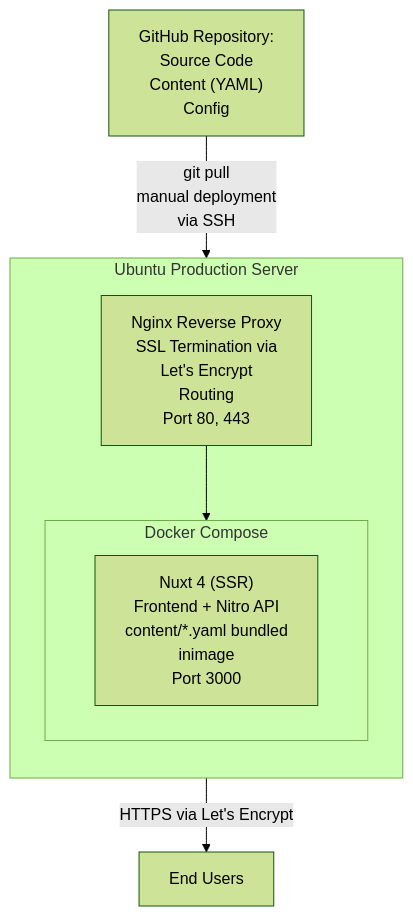
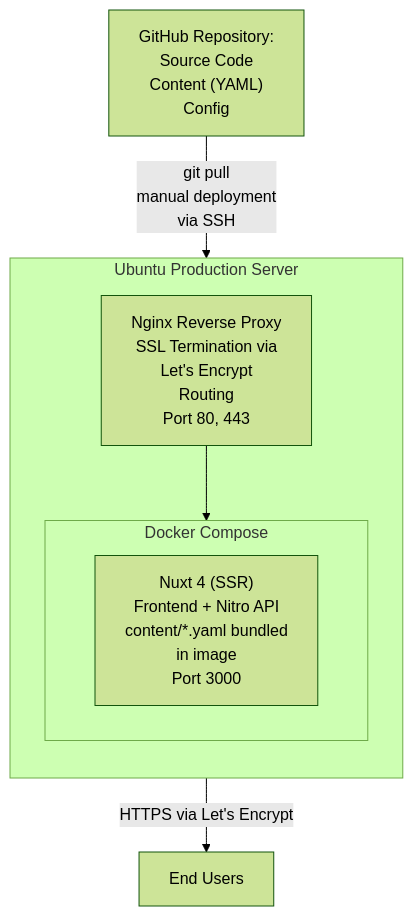
Before and after one commit to cyrill-martin/kmapper.ch: the diagram in README.md, drawn with Mermaid (forest theme).

````diff
--- a/README.md
+++ b/README.md
@@ -5,16 +5,16 @@
 ```mermaid
 flowchart TB
     A["GitHub Repository:<br/>Source Code<br/>Content (YAML)<br/>Config"]
     A -->|"git pull<br/>manual deployment<br/>via SSH"| B
 
     subgraph B["Ubuntu Production Server"]
         direction TB
         C["Nginx Reverse Proxy<br/>SSL Termination via<br/>Let's Encrypt<br/>Routing<br/>Port 80, 443"]
         subgraph D["Docker Compose"]
-            E["Nuxt 4 (SSR)<br/>Frontend + Nitro API<br/>content/*.yaml bundled<br/>inimage<br/>Port 3000"]
+            E["Nuxt 4 (SSR)<br/>Frontend + Nitro API<br/>content/*.yaml bundled<br/>in image<br/>Port 3000"]
         end
         C --> D
     end
 
     B -->|"HTTPS via Let's Encrypt"| F["End Users"]
 ```
````
